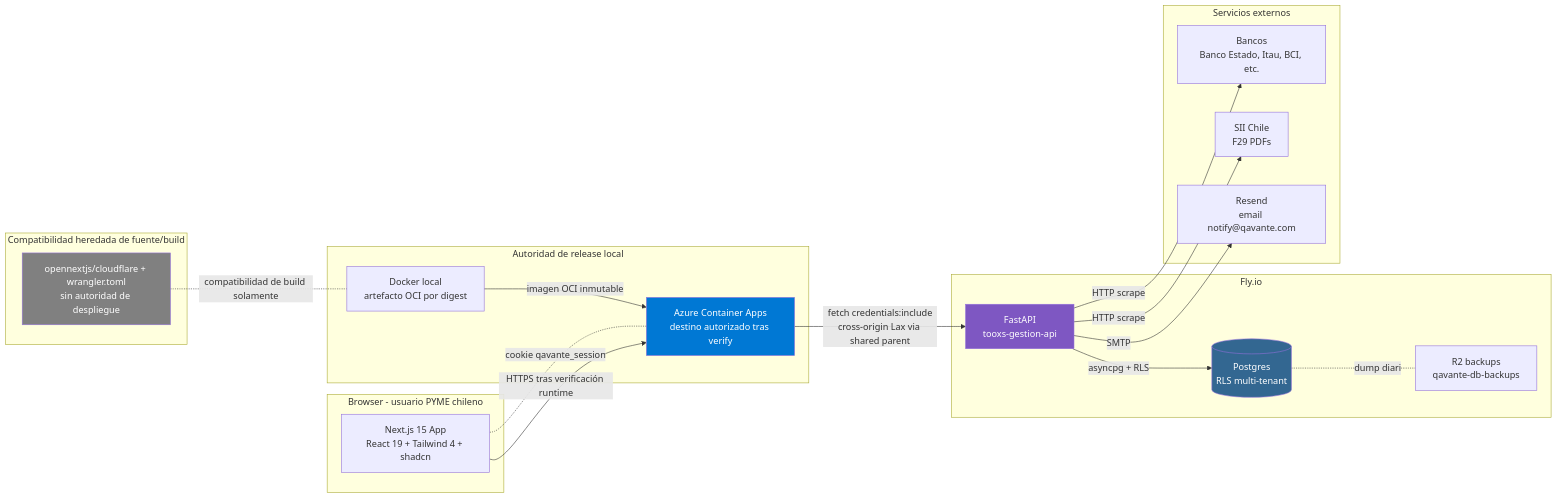
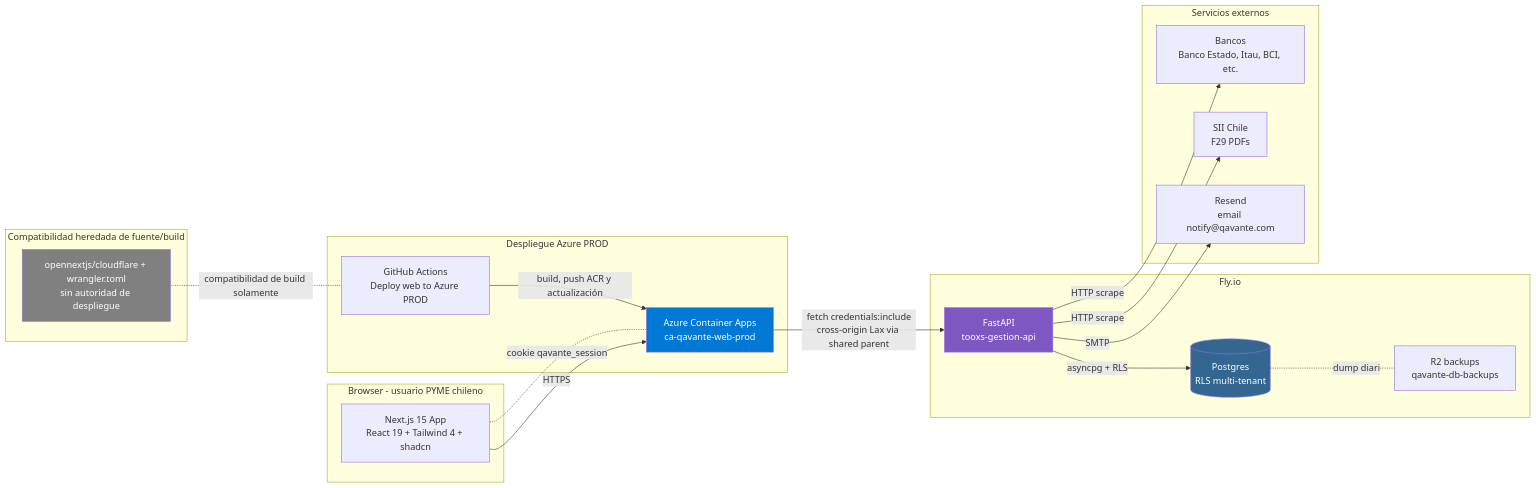
One commit to fperezd/qavante-web changed the diagram in docs/ARCHITECTURE.md. Above: the diagram before and after it, drawn with Mermaid. The commit also changed other lines of this file and 36 other files, not shown here.

````diff
--- a/docs/ARCHITECTURE.md
+++ b/docs/ARCHITECTURE.md
@@ -9,43 +9,43 @@
 ```mermaid
 flowchart LR
     subgraph Browser[Browser - usuario PYME chileno]
         UI[Next.js 15 App<br/>React 19 + Tailwind 4 + shadcn]
     end
 
-    subgraph LocalRelease[Autoridad de release local]
-        Docker[Docker local<br/>artefacto OCI por digest]
-        AzureTarget[Azure Container Apps<br/>destino autorizado tras verify]
+    subgraph ProdRelease[Despliegue Azure PROD]
+        Actions[GitHub Actions<br/>Deploy web to Azure PROD]
+        AzureTarget[Azure Container Apps<br/>ca-qavante-web-prod]
     end
 
     subgraph LegacyBuild[Compatibilidad heredada de fuente/build]
         Worker[opennextjs/cloudflare + wrangler.toml<br/>sin autoridad de despliegue]
     end
 
     subgraph Fly[Fly.io]
         API[FastAPI<br/>tooxs-gestion-api]
         PG[(Postgres<br/>RLS multi-tenant)]
         R2backup[R2 backups<br/>qavante-db-backups]
     end
 
     subgraph External[Servicios externos]
         Resend[Resend<br/>email notify@qavante.com]
         SII[SII Chile<br/>F29 PDFs]
         Banco[Bancos<br/>Banco Estado, Itau, BCI, etc.]
     end
 
-    UI -->|HTTPS tras verificación runtime| AzureTarget
-    Docker -->|imagen OCI inmutable| AzureTarget
-    Worker -.compatibilidad de build solamente.- Docker
+    UI -->|HTTPS| AzureTarget
+    Actions -->|build, push ACR y actualización| AzureTarget
+    Worker -.compatibilidad de build solamente.- Actions
     AzureTarget -.cookie qavante_session.- UI
     AzureTarget -->|fetch credentials:include<br/>cross-origin Lax via shared parent| API
     API -->|asyncpg + RLS| PG
     PG -.dump diario.- R2backup
     API -->|SMTP| Resend
     API -->|HTTP scrape| SII
     API -->|HTTP scrape| Banco
 
     style AzureTarget fill:#0078d4,color:#fff
     style Worker fill:#808080,color:#fff
     style API fill:#7e57c2,color:#fff
     style PG fill:#336791,color:#fff
 ```
````
